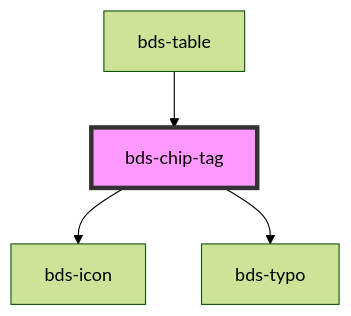
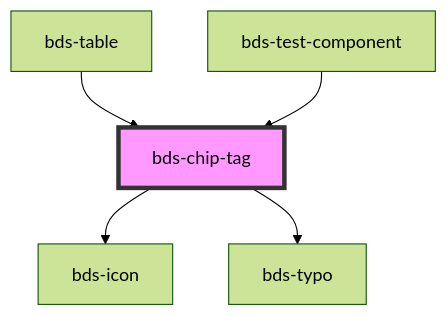
Before and after one commit to takenet/blip-ds: the diagram in src/components/chip-tag/readme.md, drawn with Mermaid (forest theme). The commit also changed other lines of this file and 73 other files, not shown here.

````diff
--- a/src/components/chip-tag/readme.md
+++ b/src/components/chip-tag/readme.md
@@ -28,7 +29,8 @@
 ```mermaid
 graph TD;
   bds-chip-tag --> bds-icon
   bds-chip-tag --> bds-typo
   bds-table --> bds-chip-tag
+  bds-test-component --> bds-chip-tag
   style bds-chip-tag fill:#f9f,stroke:#333,stroke-width:4px
 ```
````
